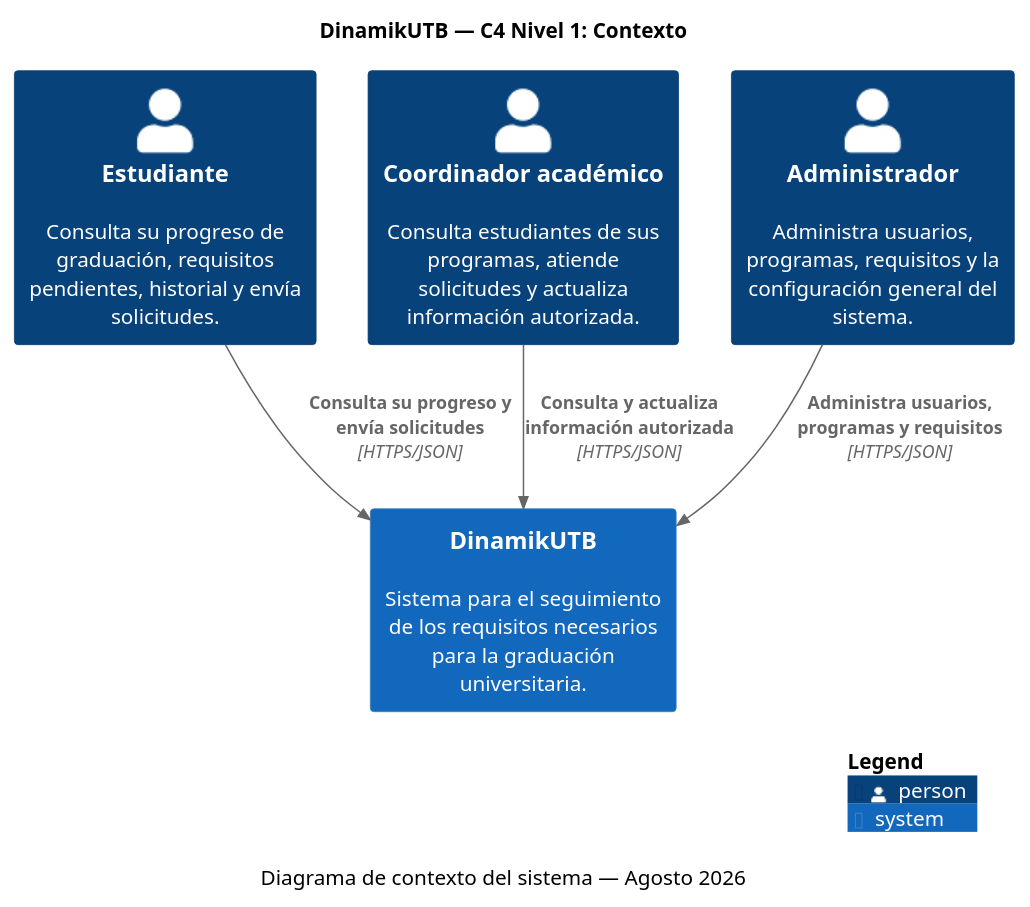
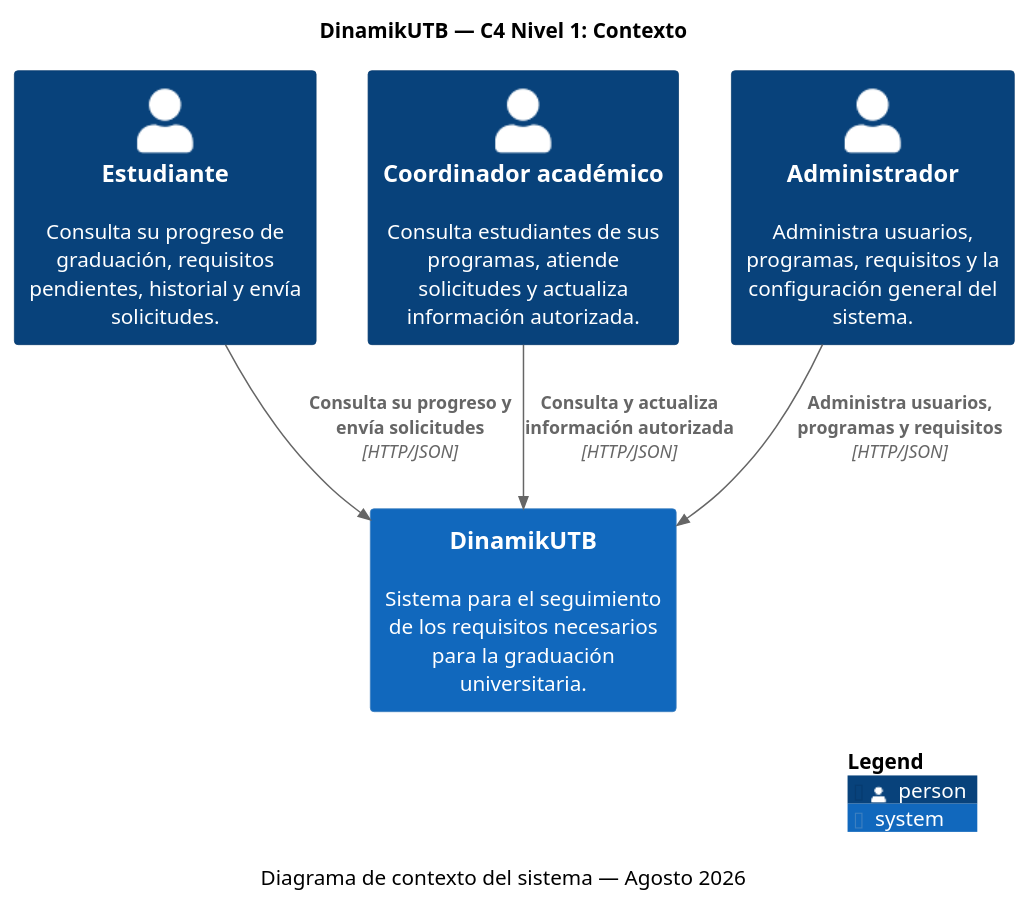
The diagram in docs/c4/contexto.puml (ISCOUTB/AS_202620_DinamikUTB), drawn with PlantUML before and after one commit.

Commit message:
Change protocol from HTTPS to HTTP in contexto.puml
Updated the protocol from HTTPS to HTTP for relationships in the context diagram.

```diff
--- a/docs/c4/contexto.puml
+++ b/docs/c4/contexto.puml
@@ -1,20 +1,18 @@
 @startuml DinamikUTB_Contexto
-
 !include https://raw.githubusercontent.com/plantuml-stdlib/C4-PlantUML/master/C4_Context.puml
 
 title DinamikUTB — C4 Nivel 1: Contexto
 caption Diagrama de contexto del sistema — Agosto 2026
 
 Person(estudiante, "Estudiante", "Consulta su progreso de graduación, requisitos pendientes, historial y envía solicitudes.")
 Person(coordinador, "Coordinador académico", "Consulta estudiantes de sus programas, atiende solicitudes y actualiza información autorizada.")
 Person(administrador, "Administrador", "Administra usuarios, programas, requisitos y la configuración general del sistema.")
 
 System(dinamik, "DinamikUTB", "Sistema para el seguimiento de los requisitos necesarios para la graduación universitaria.")
 
-Rel(estudiante, dinamik, "Consulta su progreso y envía solicitudes", "HTTPS/JSON")
-Rel(coordinador, dinamik, "Consulta y actualiza información autorizada", "HTTPS/JSON")
-Rel(administrador, dinamik, "Administra usuarios, programas y requisitos", "HTTPS/JSON")
+Rel(estudiante, dinamik, "Consulta su progreso y envía solicitudes", "HTTP/JSON")
+Rel(coordinador, dinamik, "Consulta y actualiza información autorizada", "HTTP/JSON")
+Rel(administrador, dinamik, "Administra usuarios, programas y requisitos", "HTTP/JSON")
 
 SHOW_LEGEND()
-
 @enduml
```
